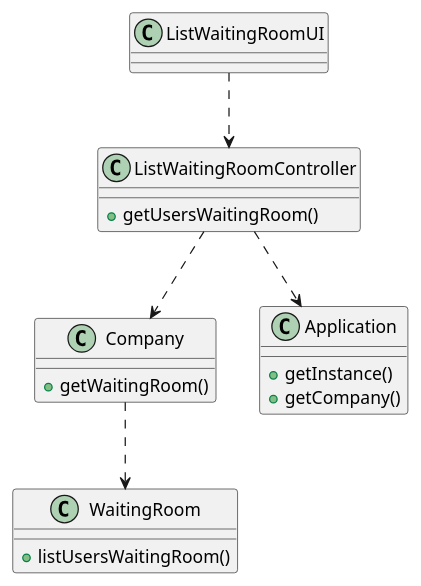
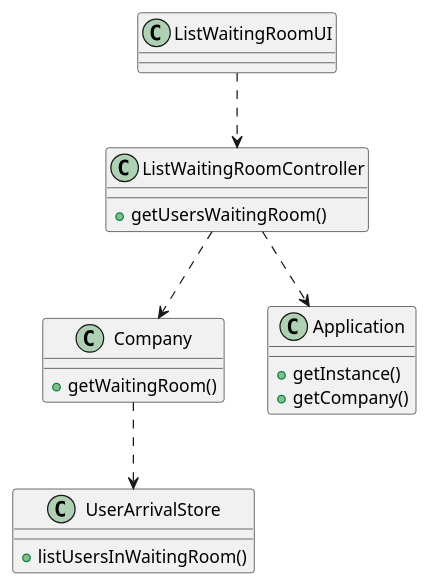
The diagram in docs/SprintC/US5/US5_CD.puml (diogonapoles/isep-lapr2), drawn with PlantUML before and after one commit. The commit also changed 4 other files, not shown here.

```diff
--- a/docs/SprintC/US5/US5_CD.puml
+++ b/docs/SprintC/US5/US5_CD.puml
@@ -1,26 +1,26 @@
 @startuml
 'https://plantuml.com/class-diagram
 class ListWaitingRoomUI
 class ListWaitingRoomController{
 +getUsersWaitingRoom()
 }
 class Company{
 +getWaitingRoom()
 }
-class WaitingRoom{
-+listUsersWaitingRoom()
+class UserArrivalStore{
++listUsersInWaitingRoom()
 }
 class Application{
 +getInstance()
 +getCompany()
 }
 
+
 ListWaitingRoomUI ..> ListWaitingRoomController
 ListWaitingRoomController ..> Company
 ListWaitingRoomController ..> Application
-
-Company ..> WaitingRoom
+Company ..> UserArrivalStore
 
 
 
 @enduml
```
